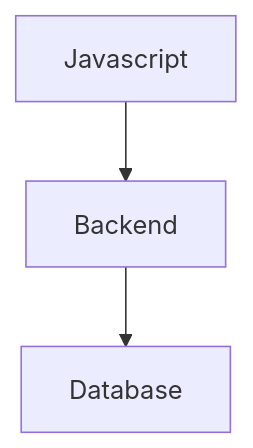
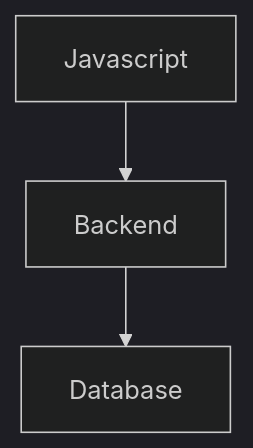
Before and after one commit to danzziy/Tic-Tac-GO: the first of 2 diagrams in README.md, drawn with Mermaid. The commit also changed other lines of this file, not shown here.

Commit message:
Set mermaid theme to dark

````diff
--- a/README.md
+++ b/README.md
@@ -20,5 +20,6 @@
 ```mermaid
+%%{init: {'theme':'dark'}}%%
 graph TD;
     Javascript-->Backend;
     Backend-->Database;
 ```
````
